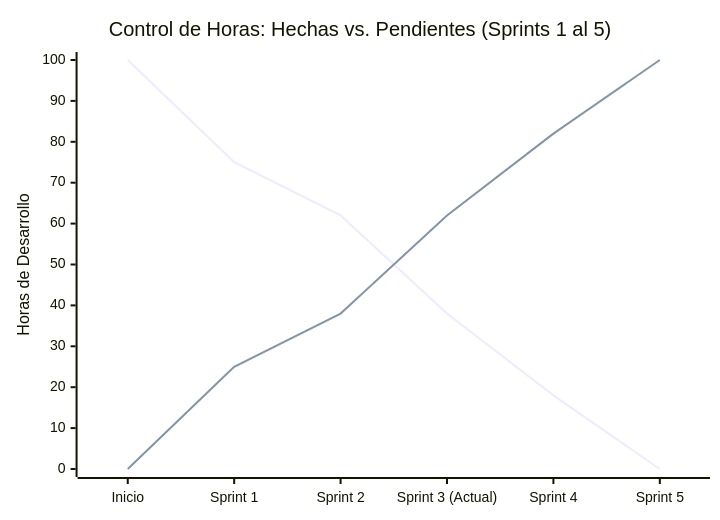
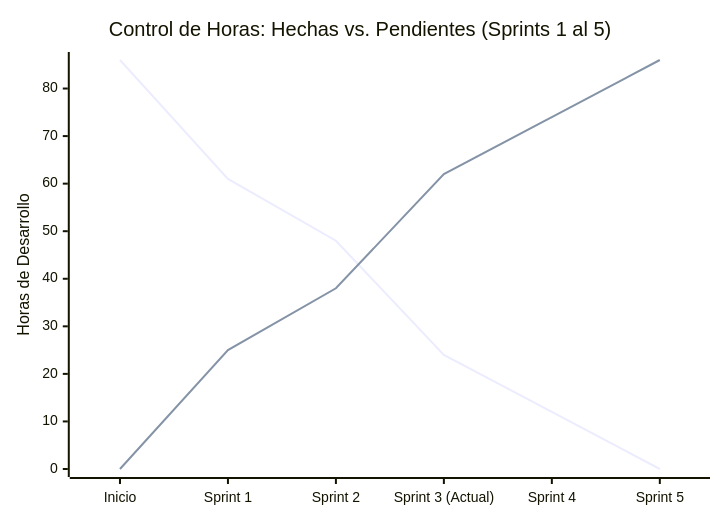
One commit to AsaelCh9/Alitas changed the diagram in README.md. Above: the diagram before and after it, drawn with Mermaid. The commit also changed other lines of this file, not shown here.

Commit message:
Update burndown chart details in README.md

````diff
--- a/README.md
+++ b/README.md
@@ -3,8 +3,8 @@
 ```mermaid
 xychart-beta
     title "Control de Horas: Hechas vs. Pendientes (Sprints 1 al 5)"
     x-axis ["Inicio", "Sprint 1", "Sprint 2", "Sprint 3 (Actual)", "Sprint 4", "Sprint 5"]
-    y-axis "Horas de Desarrollo" 0 --> 100
-    line "Horas Pendientes" [100, 75, 62, 38, 18, 0]
-    line "Horas Hechas" [0, 25, 38, 62, 82, 100]
+    y-axis "Horas de Desarrollo" 0 --> 86
+    line "Horas Pendientes" [86, 61, 48, 24, 12, 0]
+    line "Horas Hechas" [0, 25, 38, 62, 74, 86]
 ```
````
